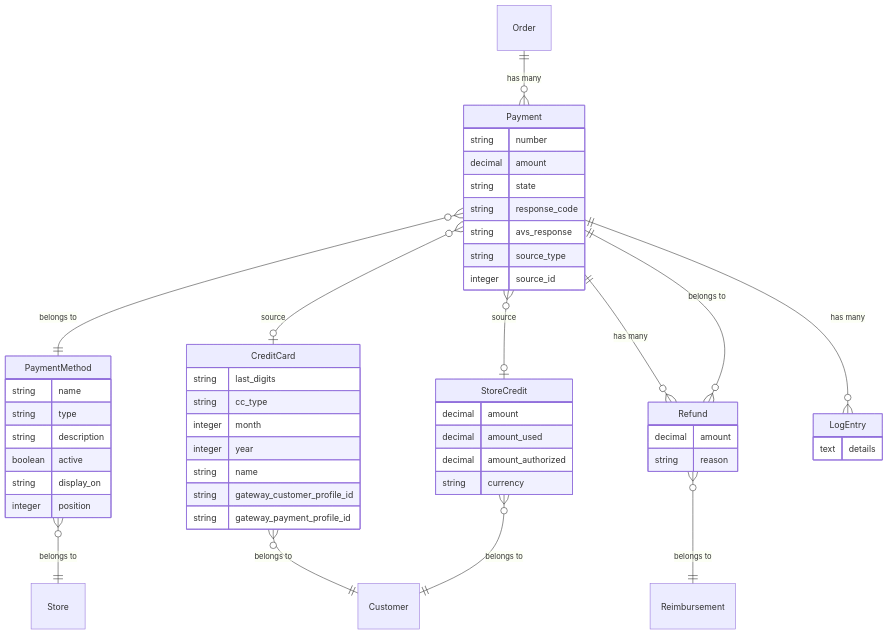
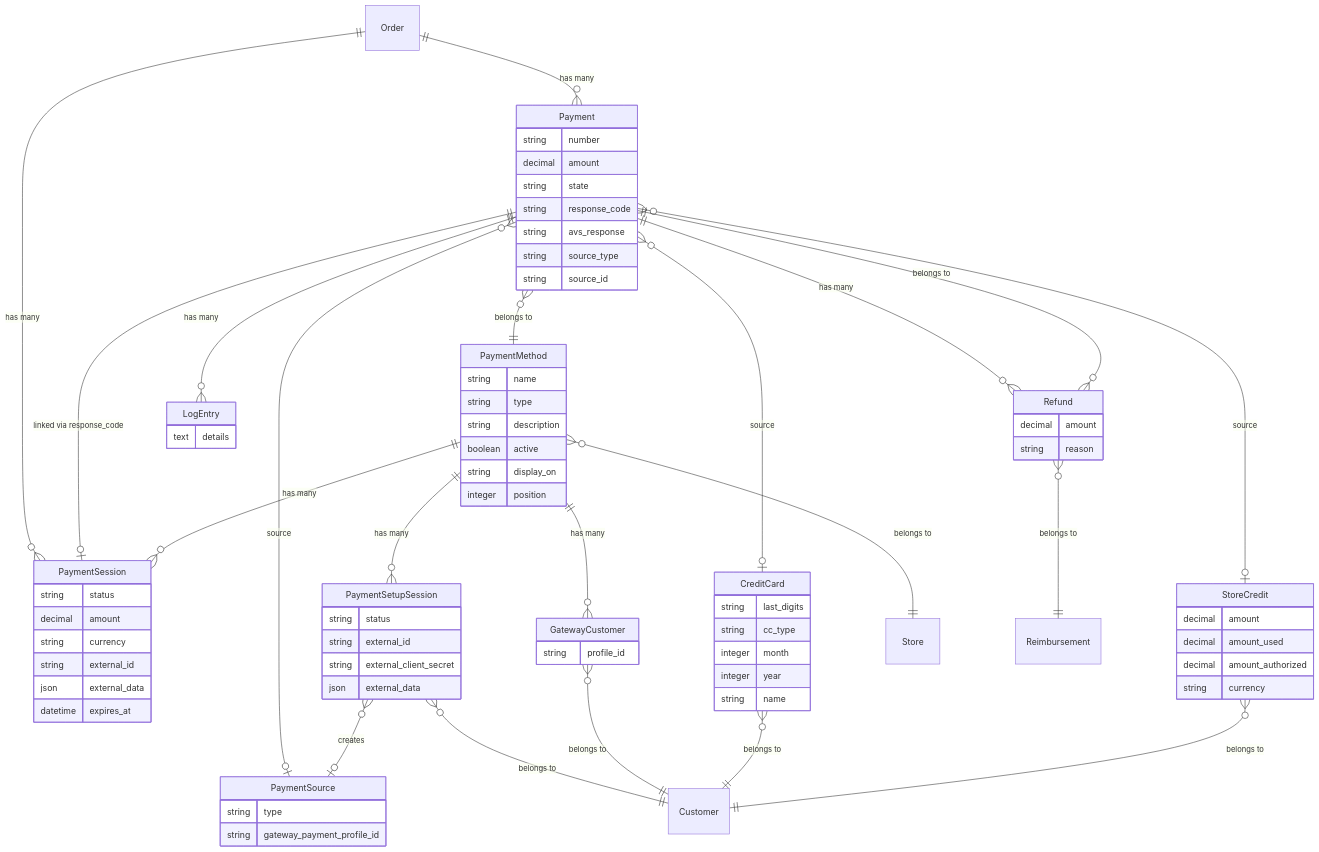
Before and after one commit to spree/spree: the first of 5 diagrams in docs/developer/core-concepts/payments.mdx, drawn with Mermaid. The commit also changed other lines of this file and 2 other files, not shown here.

Commit message:
update payment docs

```diff
--- a/docs/developer/core-concepts/payments.mdx
+++ b/docs/developer/core-concepts/payments.mdx
@@ -23,7 +23,7 @@
         string response_code
         string avs_response
         string source_type
-        integer source_id
+        string source_id
     }
 
     PaymentMethod {
@@ -35,14 +35,37 @@
         integer position
     }
 
+    PaymentSession {
+        string status
+        decimal amount
+        string currency
+        string external_id
+        json external_data
+        datetime expires_at
+    }
+
+    PaymentSetupSession {
+        string status
+        string external_id
+        string external_client_secret
+        json external_data
+    }
+
+    PaymentSource {
+        string type
+        string gateway_payment_profile_id
+    }
+
     CreditCard {
         string last_digits
         string cc_type
         integer month
         integer year
         string name
-        string gateway_customer_profile_id
-        string gateway_payment_profile_id
+    }
+
+    GatewayCustomer {
+        string profile_id
     }
 
     StoreCredit {
@@ -62,12 +85,21 @@
     }
 
     Order ||--o{ Payment : "has many"
+    Order ||--o{ PaymentSession : "has many"
     Payment }o--|| PaymentMethod : "belongs to"
     Payment }o--o| CreditCard : "source"
+    Payment }o--o| PaymentSource : "source"
     Payment }o--o| StoreCredit : "source"
+    Payment ||--o| PaymentSession : "linked via response_code"
     Payment ||--o{ LogEntry : "has many"
     Payment ||--o{ Refund : "has many"
+    PaymentMethod ||--o{ PaymentSession : "has many"
+    PaymentMethod ||--o{ PaymentSetupSession : "has many"
+    PaymentMethod ||--o{ GatewayCustomer : "has many"
     PaymentMethod }o--|| Store : "belongs to"
+    PaymentSetupSession }o--o| PaymentSource : "creates"
+    PaymentSetupSession }o--|| Customer : "belongs to"
+    GatewayCustomer }o--|| Customer : "belongs to"
     CreditCard }o--|| Customer : "belongs to"
     StoreCredit }o--|| Customer : "belongs to"
     Refund }o--|| Payment : "belongs to"
```
